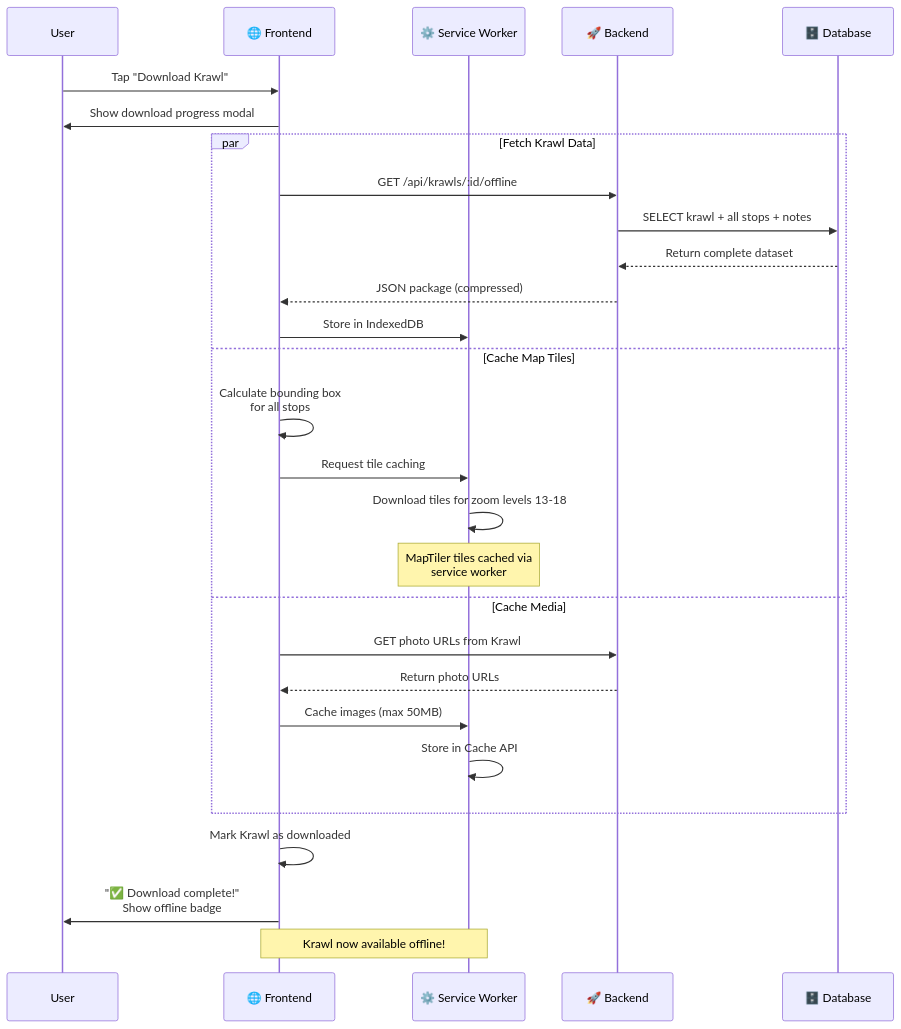
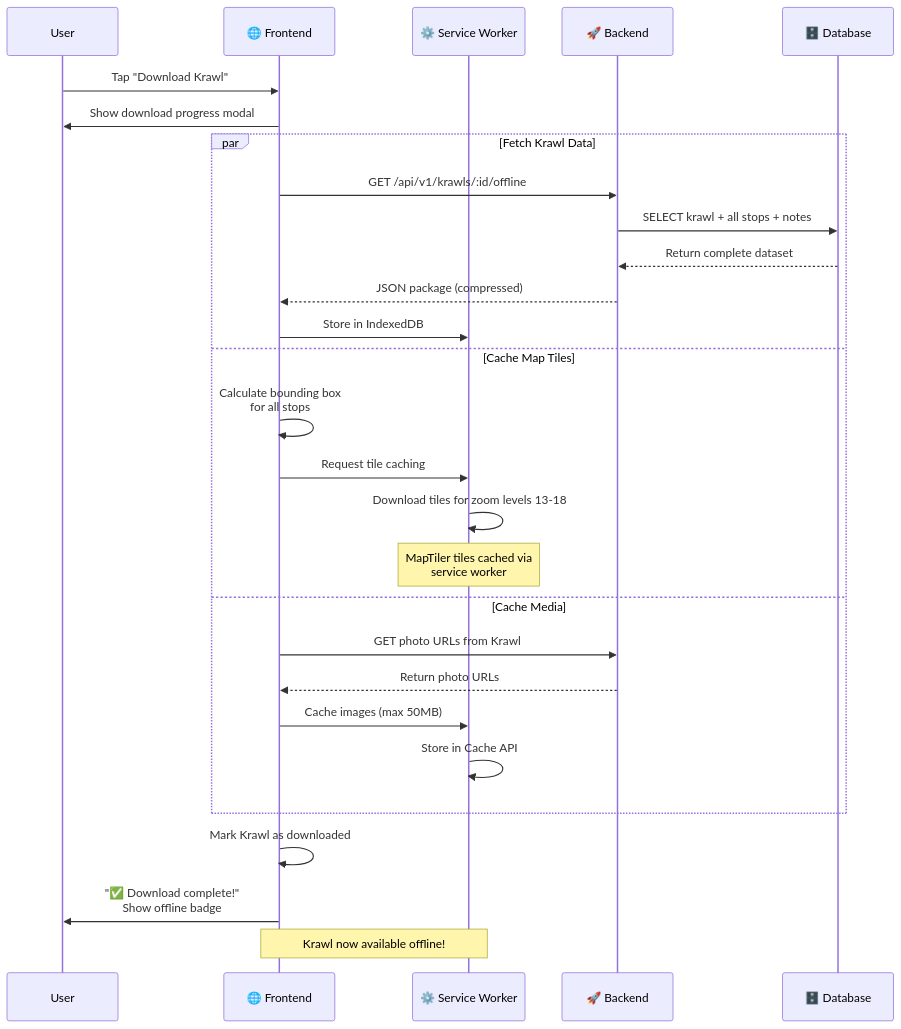
One commit to jlescarlan11/krawl changed the ninth of 11 diagrams in docs/system-design.md. Above: the diagram before and after it, drawn with Mermaid. The commit also changed other lines of this file and 40 other files, not shown here.

````diff
--- a/docs/system-design.md
+++ b/docs/system-design.md
@@ -486,34 +486,34 @@
 ```mermaid
 sequenceDiagram
     participant User
     participant FE as 🌐 Frontend
     participant SW as ⚙️ Service Worker
     participant BE as 🚀 Backend
     participant DB as 🗄️ Database
     
     User->>FE: Tap "Download Krawl"
     FE->>User: Show download progress modal
     
     par Fetch Krawl Data
-        FE->>BE: GET /api/krawls/:id/offline
+        FE->>BE: GET /api/v1/krawls/:id/offline
         BE->>DB: SELECT krawl + all stops + notes
         DB-->>BE: Return complete dataset
         BE-->>FE: JSON package (compressed)
         FE->>SW: Store in IndexedDB
     and Cache Map Tiles
         FE->>FE: Calculate bounding box<br/>for all stops
         FE->>SW: Request tile caching
         SW->>SW: Download tiles for zoom levels 13-18
         Note over SW: MapTiler tiles cached via<br/>service worker
     and Cache Media
         FE->>BE: GET photo URLs from Krawl
         BE-->>FE: Return photo URLs
         FE->>SW: Cache images (max 50MB)
         SW->>SW: Store in Cache API
     end
     
     FE->>FE: Mark Krawl as downloaded
     FE->>User: "✅ Download complete!"<br/>Show offline badge
     
     Note over FE,SW: Krawl now available offline!
 ```
````
